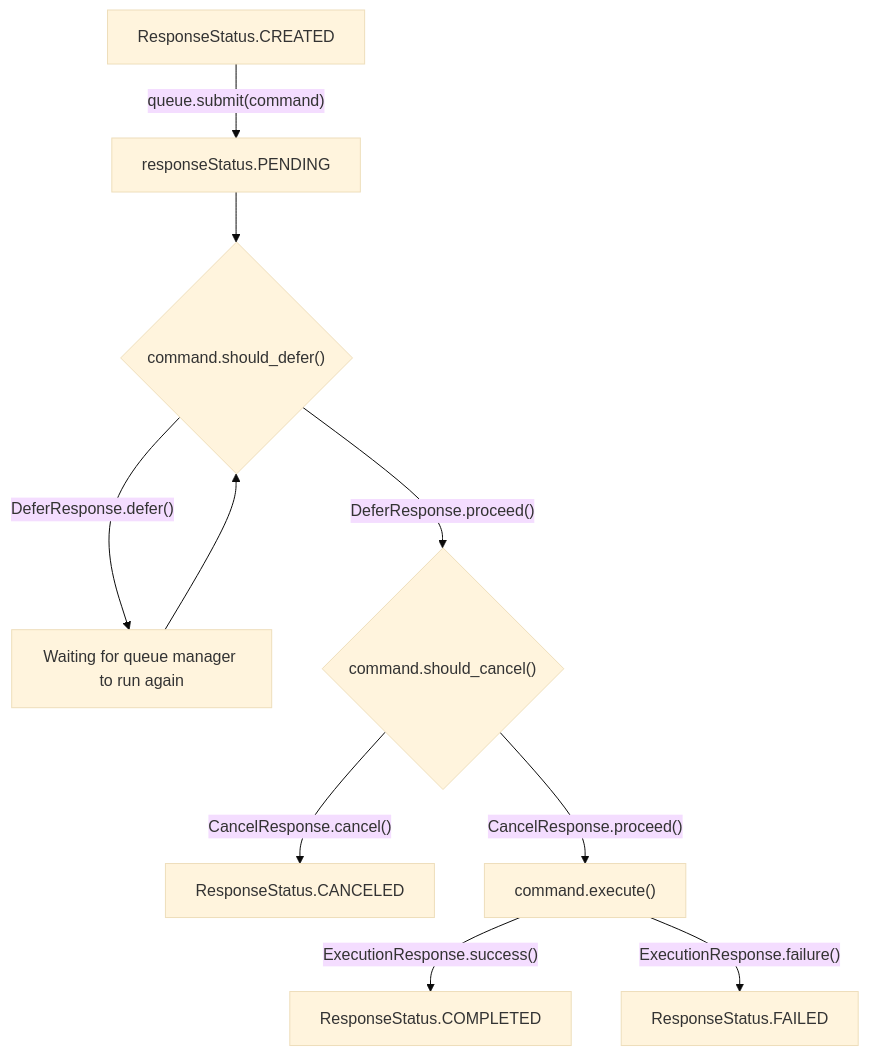
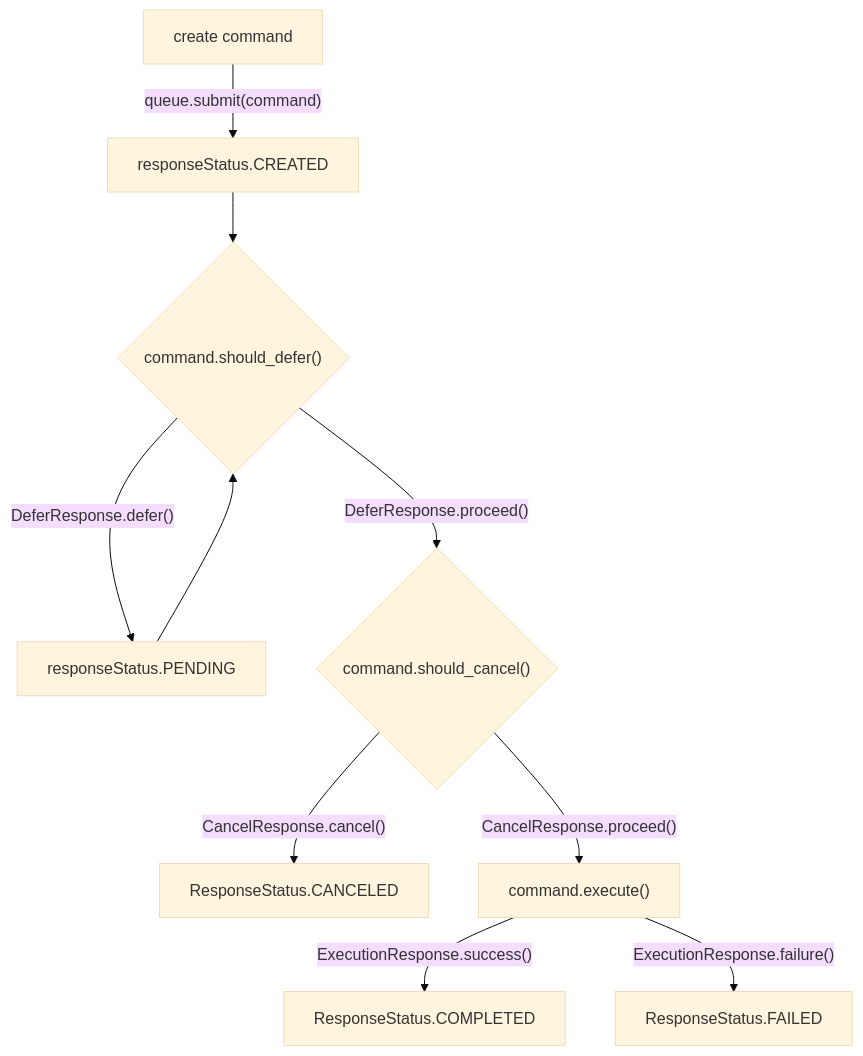
Before and after one commit to alec-zaiane/command-system: the diagram in README.md, drawn with Mermaid (base theme). The commit also changed 1 other file, not shown here.

Commit message:
fix readme and bump version so pypi can intake the recent changes

````diff
--- a/README.md
+++ b/README.md
@@ -57,12 +57,12 @@
 ```mermaid
 flowchart TD
-    A[ResponseStatus.CREATED] -->|"queue.submit(command)"| B[responseStatus.PENDING]
+    A[create command] -->|"queue.submit(command)"| B[responseStatus.CREATED]
     B --> C{"command.should_defer()"}
-    C -->|"DeferResponse.defer()"| W["Waiting for queue manager to run again"]
+    C -->|"DeferResponse.defer()"| W["responseStatus.PENDING"]
     W --> C
     C -->|"DeferResponse.proceed()"| D{"command.should_cancel()"}
     D -->|"CancelResponse.cancel()"| E[ResponseStatus.CANCELED]
     D -->|"CancelResponse.proceed()"| F["command.execute()"]
     F -->|"ExecutionResponse.success()"| G["ResponseStatus.COMPLETED"]
     F -->|"ExecutionResponse.failure()"| H["ResponseStatus.FAILED"]
 ```
````
